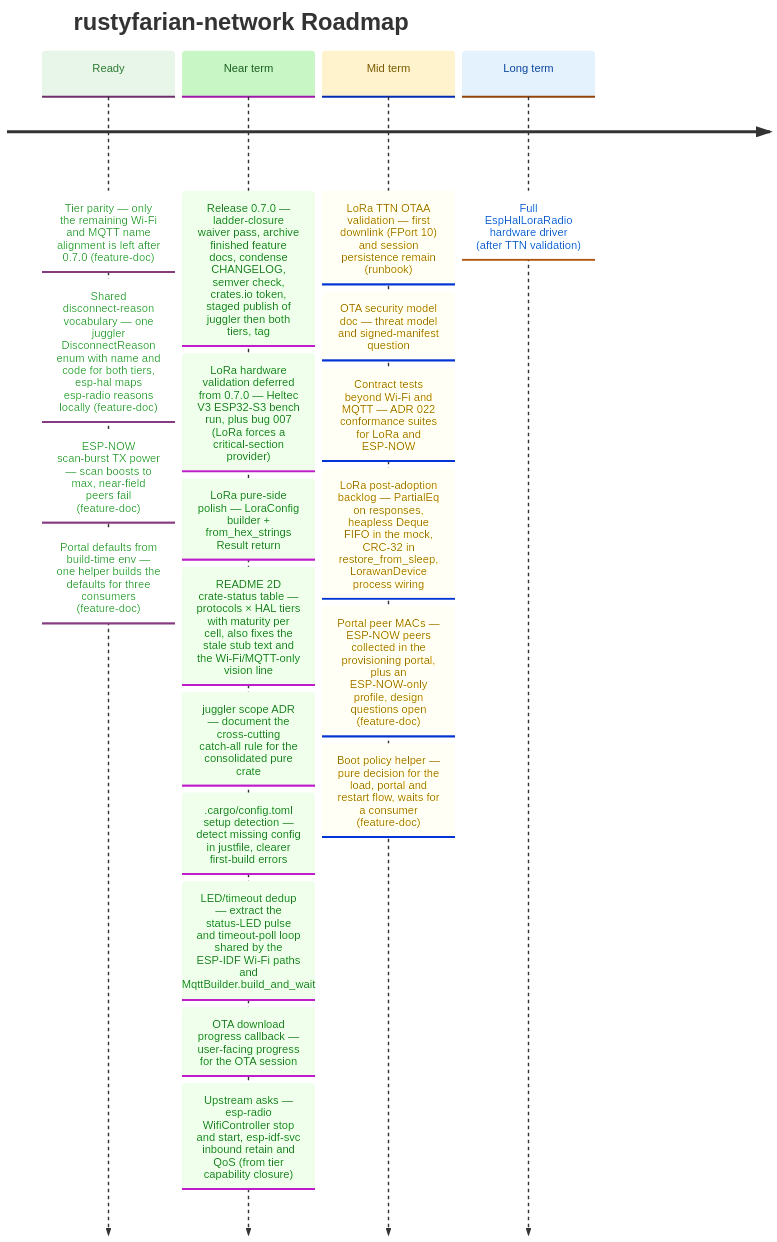
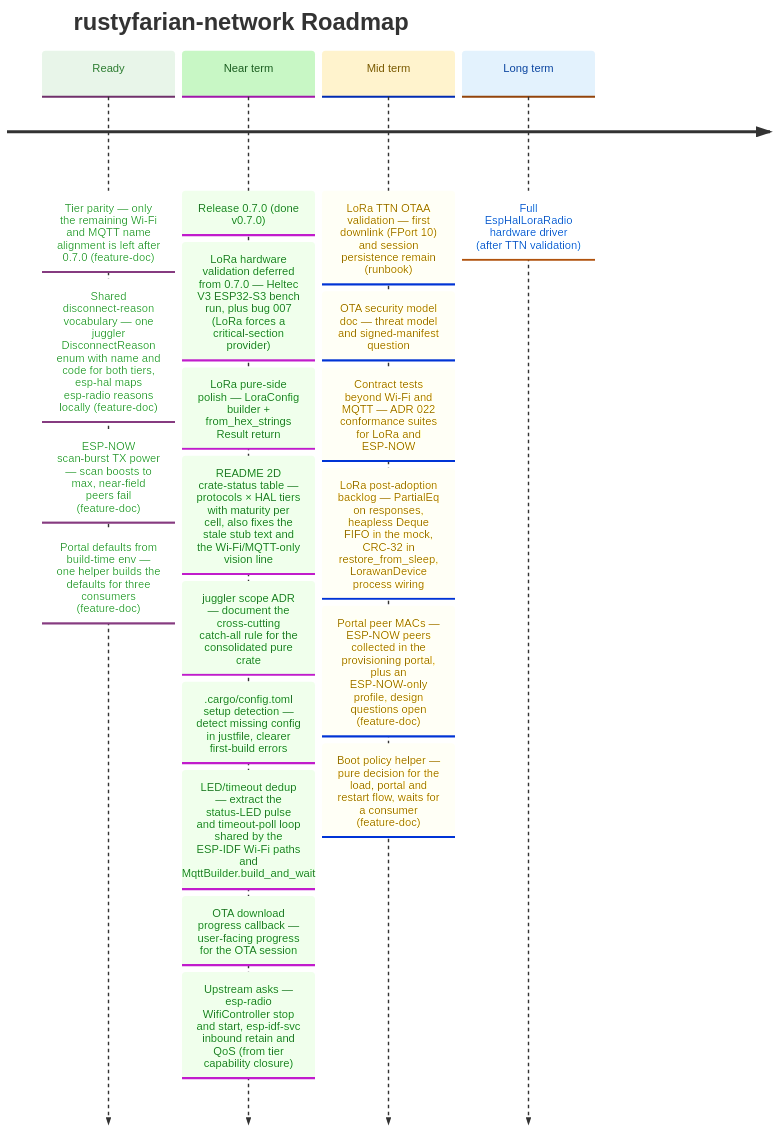
The diagram in docs/ROADMAP.md (datenkollektiv/rustyfarian-network), drawn with Mermaid before and after one commit. The commit also changed 38 other files, not shown here.

````diff
--- a/docs/ROADMAP.md
+++ b/docs/ROADMAP.md
@@ -15,41 +15,41 @@
 ```mermaid
 %%{init: {
   "theme": "base",
   "themeVariables": {
     "cScale0": "#e8f5e9",
     "cScaleLabel0": "#2e7d32",
     "cScale1": "#c8f7c5",
     "cScaleLabel1": "#1b5e20",
     "cScale2": "#fff3cd",
     "cScaleLabel2": "#7a5a00",
     "cScale3": "#e3f2fd",
     "cScaleLabel3": "#0d47a1"
   }
 }}%%
 
 timeline
     title rustyfarian-network Roadmap
 
     Ready     : Tier parity — only the remaining Wi-Fi and MQTT name alignment is left after 0.7.0 (feature-doc)
               : Shared disconnect-reason vocabulary — one juggler DisconnectReason enum with name and code for both tiers, esp-hal maps esp-radio reasons locally (feature-doc)
               : ESP-NOW scan-burst TX power — scan boosts to max, near-field peers fail (feature-doc)
               : Portal defaults from build-time env — one helper builds the defaults for three consumers (feature-doc)
-    Near term : Release 0.7.0 — ladder-closure waiver pass, archive finished feature docs, condense CHANGELOG, semver check, crates.io token, staged publish of juggler then both tiers, tag
+    Near term : Release 0.7.0 (done v0.7.0)
               : LoRa hardware validation deferred from 0.7.0 — Heltec V3 ESP32-S3 bench run, plus bug 007 (LoRa forces a critical-section provider)
               : LoRa pure-side polish — LoraConfig builder + from_hex_strings Result return
               : README 2D crate-status table — protocols × HAL tiers with maturity per cell, also fixes the stale stub text and the Wi-Fi/MQTT-only vision line
               : juggler scope ADR — document the cross-cutting catch-all rule for the consolidated pure crate
               : .cargo/config.toml setup detection — detect missing config in justfile, clearer first-build errors
               : LED/timeout dedup — extract the status-LED pulse and timeout-poll loop shared by the ESP-IDF Wi-Fi paths and MqttBuilder.build_and_wait
               : OTA download progress callback — user-facing progress for the OTA session
               : Upstream asks — esp-radio WifiController stop and start, esp-idf-svc inbound retain and QoS (from tier capability closure)
 
     Mid term  : LoRa TTN OTAA validation — first downlink (FPort 10) and session persistence remain (runbook)
               : OTA security model doc — threat model and signed-manifest question
               : Contract tests beyond Wi-Fi and MQTT — ADR 022 conformance suites for LoRa and ESP-NOW
               : LoRa post-adoption backlog — PartialEq on responses, heapless Deque FIFO in the mock, CRC-32 in restore_from_sleep, LorawanDevice process wiring
               : Portal peer MACs — ESP-NOW peers collected in the provisioning portal, plus an ESP-NOW-only profile, design questions open (feature-doc)
               : Boot policy helper — pure decision for the load, portal and restart flow, waits for a consumer (feature-doc)
 
     Long term : Full EspHalLoraRadio hardware driver (after TTN validation)
 ```
````
